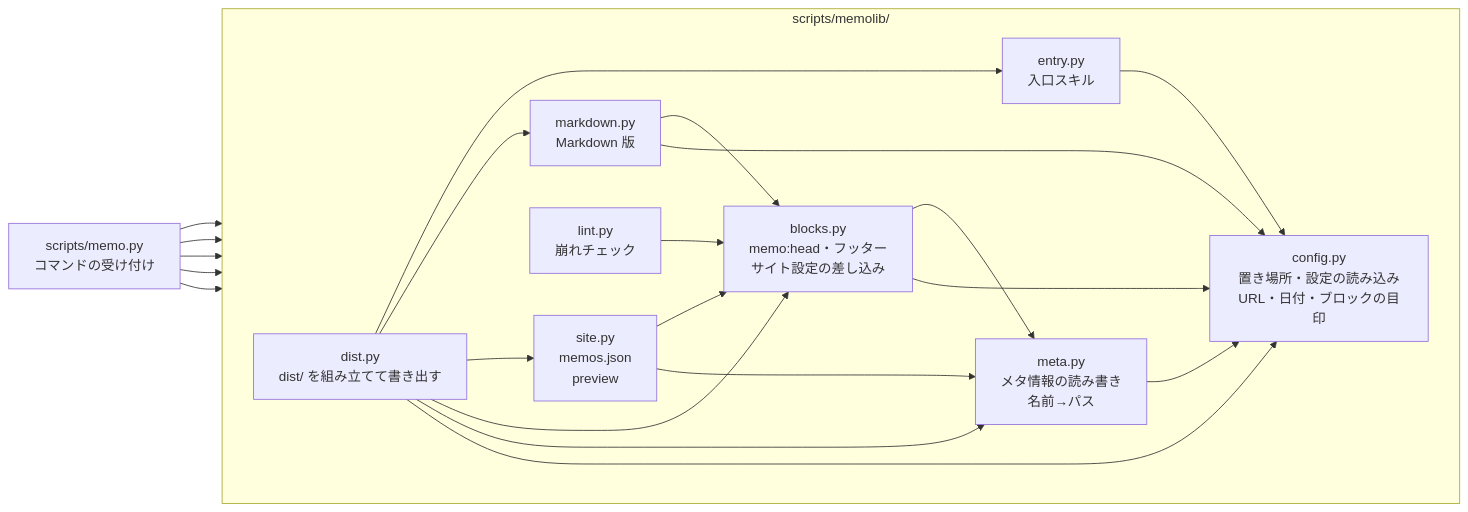
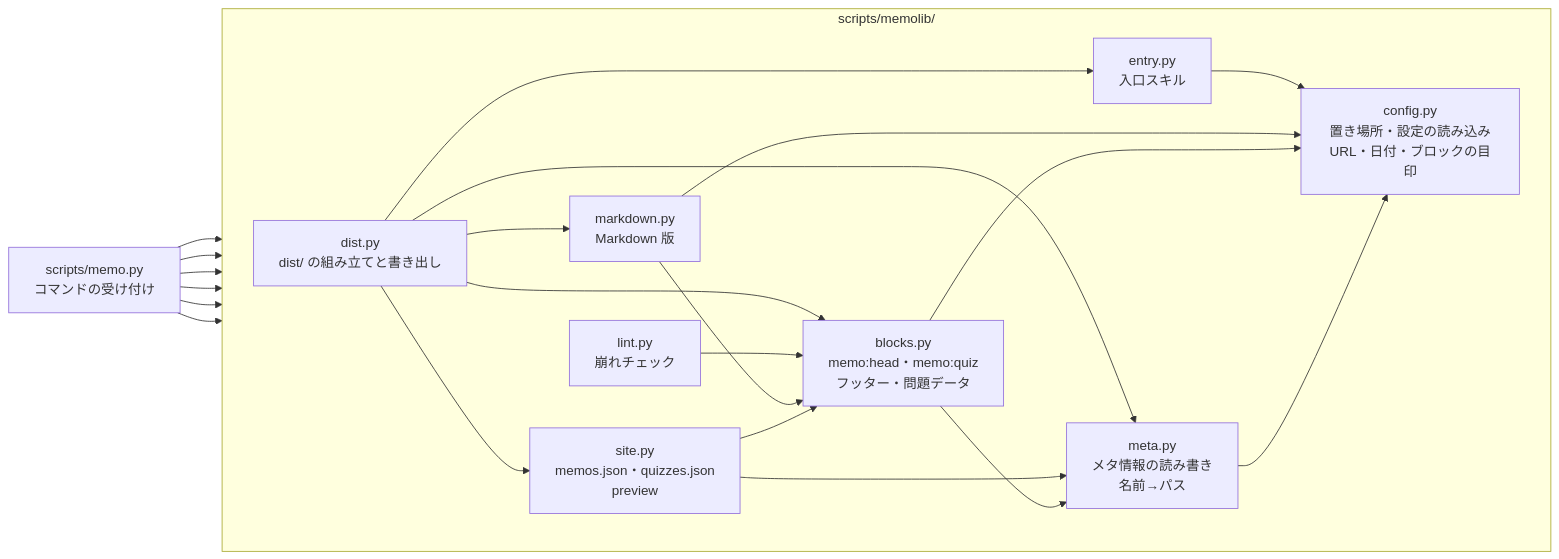
One commit to taka1156/back-of-the-flyer changed the tenth of 10 diagrams in memo-detail.md. Above: the diagram before and after it, drawn with Mermaid. The commit also changed other lines of this file and 27 other files, not shown here.

First line of the commit message:
仕組みを memo-kit にそろえ、quiz オプションでクイズをオフにする

````diff
--- a/memo-detail.md
+++ b/memo-detail.md
@@ -425,26 +476,26 @@
 ```mermaid
 flowchart LR
   cli["scripts/memo.py<br/>コマンドの受け付け"]
   subgraph lib["scripts/memolib/"]
     direction LR
     config["config.py<br/>置き場所・設定の読み込み<br/>URL・日付・ブロックの目印"]
     entry["entry.py<br/>入口スキル"]
     meta["meta.py<br/>メタ情報の読み書き<br/>名前→パス"]
-    blocks["blocks.py<br/>memo:head・フッター<br/>サイト設定の差し込み"]
+    blocks["blocks.py<br/>memo:head・memo:quiz<br/>フッター・問題データ"]
     lint["lint.py<br/>崩れチェック"]
     md["markdown.py<br/>Markdown 版"]
-    site["site.py<br/>memos.json<br/>preview"]
-    dist["dist.py<br/>dist/ を組み立てて書き出す"]
+    site["site.py<br/>memos.json・quizzes.json<br/>preview"]
+    dist["dist.py<br/>dist/ の組み立てと書き出し"]
   end
-  cli --> dist & lint & site & meta & config
-  dist --> entry & md & site & blocks & meta & config
+  cli --> dist & lint & site & meta & md & config
+  dist --> md & site & blocks & entry & meta
   entry --> config
   lint --> blocks
   md --> blocks
   site --> blocks
   site --> meta
   blocks --> meta
   md --> config
   blocks --> config
   meta --> config
 ```
````
